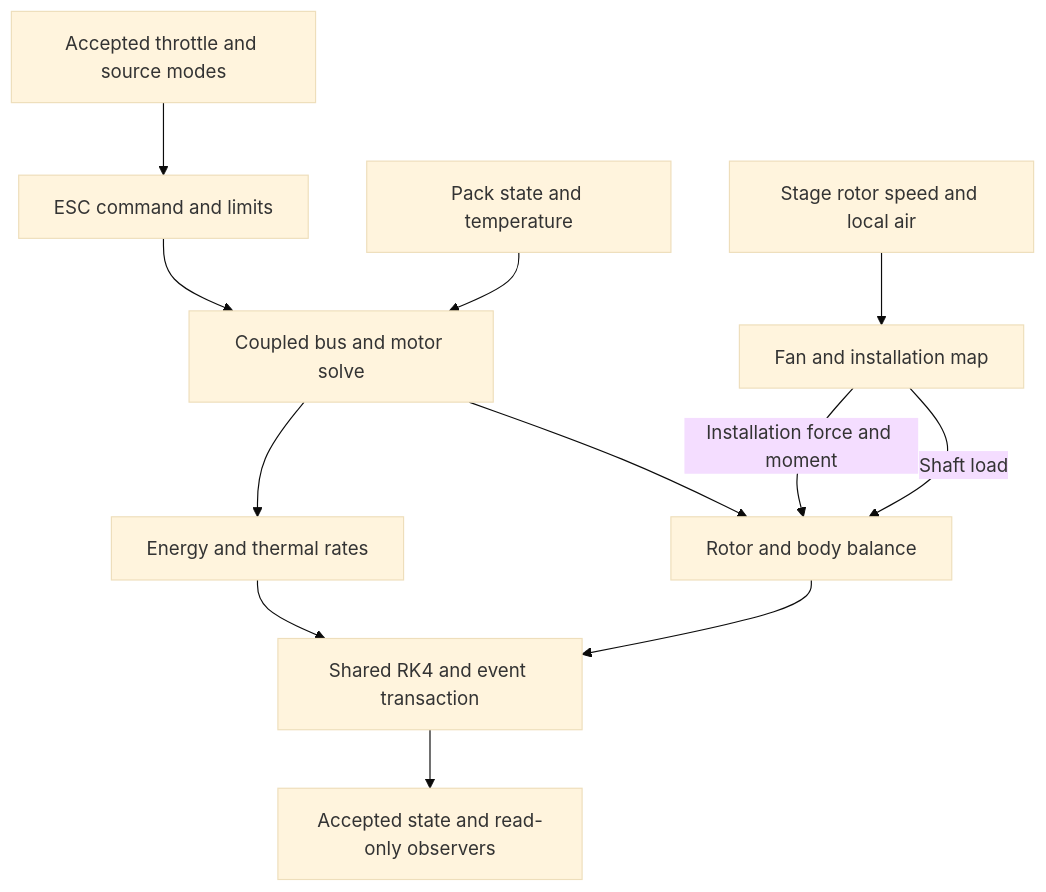
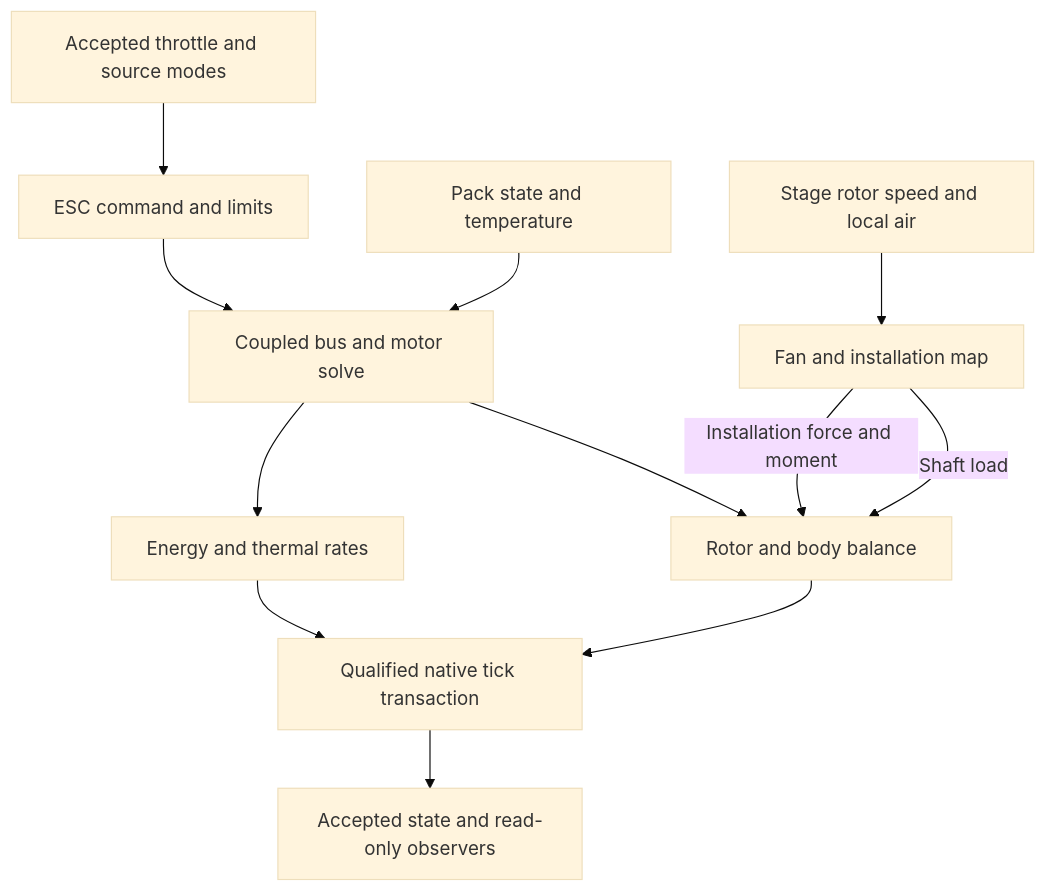
Before and after one commit to bultodepapas/OpenRCsimulator: the diagram in docs/plans/edf-propulsion.md, drawn with Mermaid (base theme). The commit also changed other lines of this file and 10 other files, not shown here.

````diff
--- a/docs/plans/edf-propulsion.md
+++ b/docs/plans/edf-propulsion.md
@@ -75,14 +98,14 @@
 ```mermaid
 flowchart TD
     A[Accepted throttle and source modes] --> B[ESC command and limits]
     C[Pack state and temperature] --> D[Coupled bus and motor solve]
     B --> D
     E[Stage rotor speed and local air] --> F[Fan and installation map]
     D --> G[Rotor and body balance]
     F -->|Shaft load| G
     F -->|Installation force and moment| G
     D --> H[Energy and thermal rates]
-    G --> I[Shared RK4 and event transaction]
+    G --> I[Qualified native tick transaction]
     H --> I
     I --> J[Accepted state and read-only observers]
 ```
````
